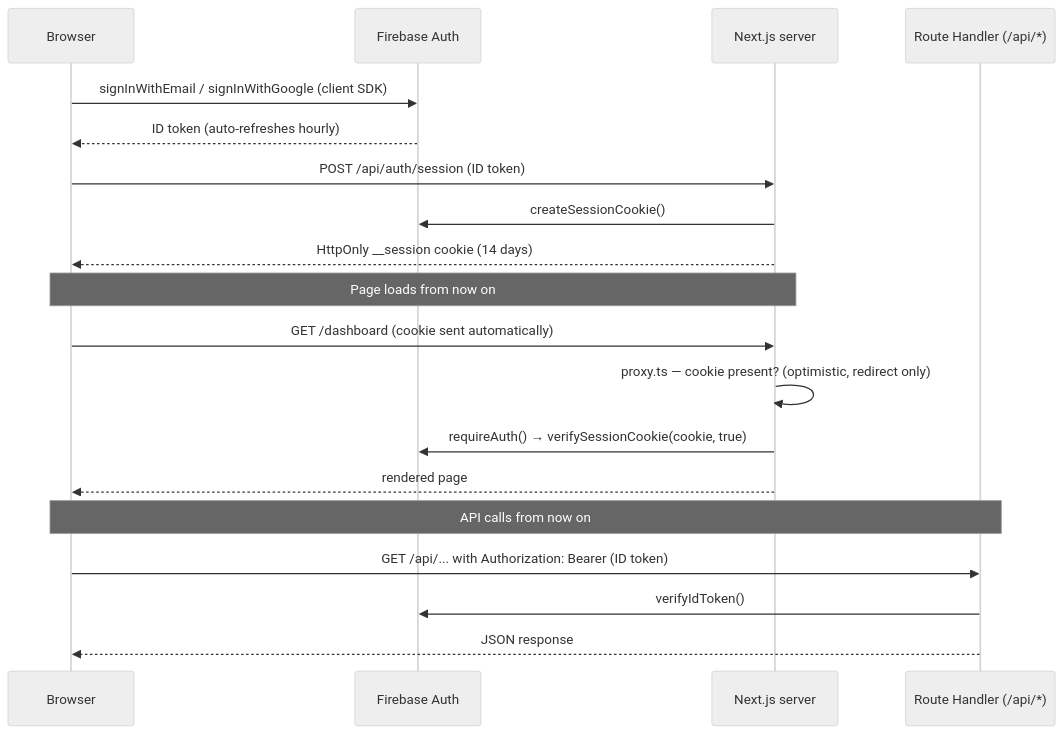
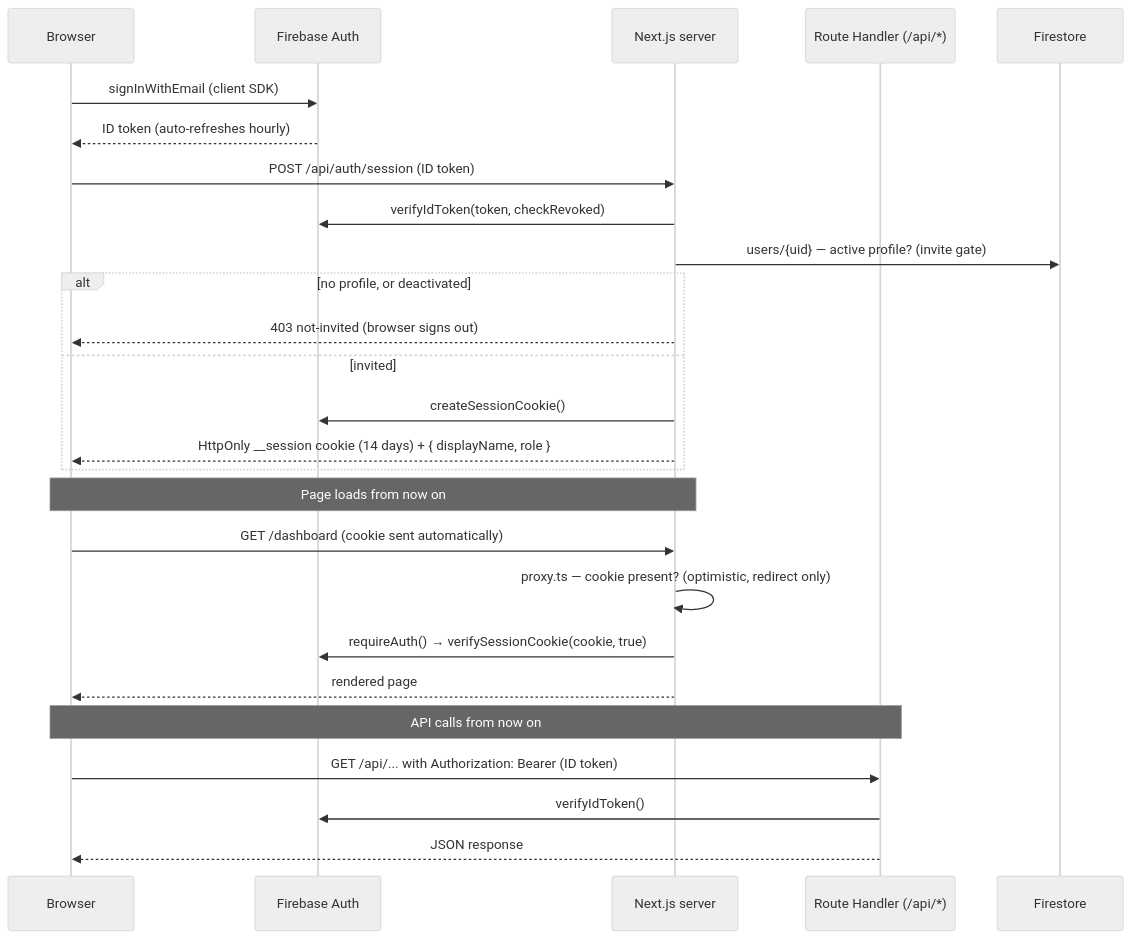
Before and after one commit to Jason6322/46-Client-and-PRM-Team-B: the second of 2 diagrams in docs/ARCHITECTURE.md, drawn with Mermaid (neutral theme). The commit also changed other lines of this file and 2 other files, not shown here.

Commit message:
docs: describe invite-only sign-in and the cross-feature import rule
ARCHITECTURE.md still showed Google sign-in and no invite gate. The
frontend import rule now matches what features actually share (types,
constants, Server Actions), and the codebase map drops removed schemas.

````diff
--- a/docs/ARCHITECTURE.md
+++ b/docs/ARCHITECTURE.md
@@ -46,24 +46,31 @@
 ```mermaid
 sequenceDiagram
     participant B as Browser
     participant FA as Firebase Auth
     participant N as Next.js server
     participant A as Route Handler (/api/*)
+    participant F as Firestore
 
-    B->>FA: signInWithEmail / signInWithGoogle (client SDK)
+    B->>FA: signInWithEmail (client SDK)
     FA-->>B: ID token (auto-refreshes hourly)
     B->>N: POST /api/auth/session (ID token)
-    N->>FA: createSessionCookie()
-    N-->>B: HttpOnly __session cookie (14 days)
+    N->>FA: verifyIdToken(token, checkRevoked)
+    N->>F: users/{uid} — active profile? (invite gate)
+    alt no profile, or deactivated
+        N-->>B: 403 not-invited (browser signs out)
+    else invited
+        N->>FA: createSessionCookie()
+        N-->>B: HttpOnly __session cookie (14 days) + { displayName, role }
+    end
 
     Note over B,N: Page loads from now on
     B->>N: GET /dashboard (cookie sent automatically)
     N->>N: proxy.ts — cookie present? (optimistic, redirect only)
     N->>FA: requireAuth() → verifySessionCookie(cookie, true)
     N-->>B: rendered page
 
     Note over B,A: API calls from now on
     B->>A: GET /api/... with Authorization: Bearer (ID token)
     A->>FA: verifyIdToken()
     A-->>B: JSON response
 ```
````
